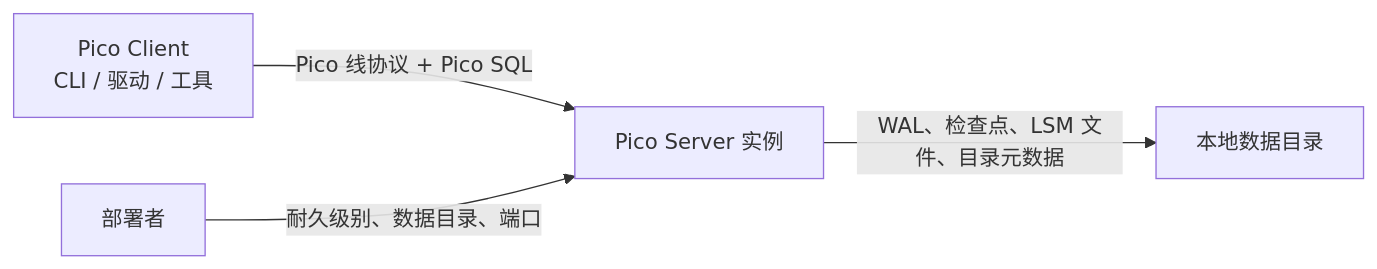
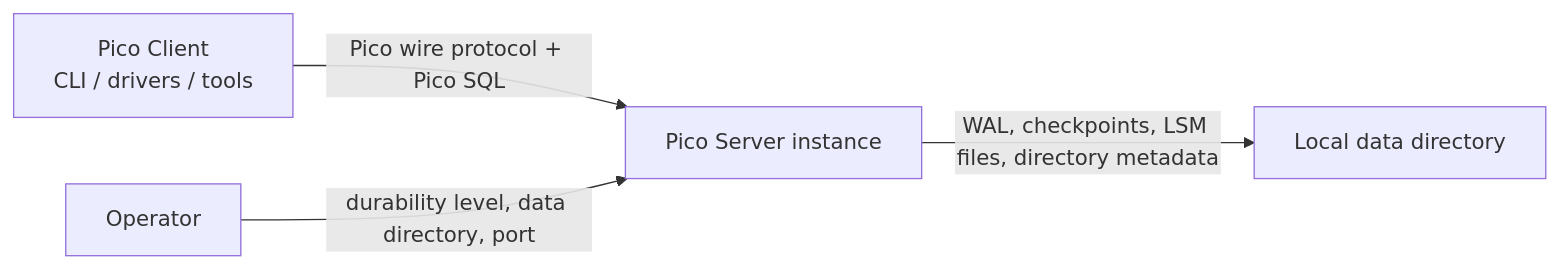
Before and after one commit to viloris-org/Pico: the first of 3 diagrams in docs/ARCHITECTURE.md, drawn with Mermaid. The commit also changed other lines of this file and 30 other files, not shown here.

````diff
--- a/docs/ARCHITECTURE.md
+++ b/docs/ARCHITECTURE.md
@@ -45,6 +31,6 @@
 ```mermaid
 flowchart LR
-  client["Pico Client\nCLI / 驱动 / 工具"] -->|"Pico 线协议 + Pico SQL"| pico["Pico Server 实例"]
-  pico -->|"WAL、检查点、LSM 文件、目录元数据"| data["本地数据目录"]
-  operator["部署者"] -->|"耐久级别、数据目录、端口"| pico
+  client["Pico Client\nCLI / drivers / tools"] -->|"Pico wire protocol + Pico SQL"| pico["Pico Server instance"]
+  pico -->|"WAL, checkpoints, LSM files, directory metadata"| data["Local data directory"]
+  operator["Operator"] -->|"durability level, data directory, port"| pico
 ```
````
